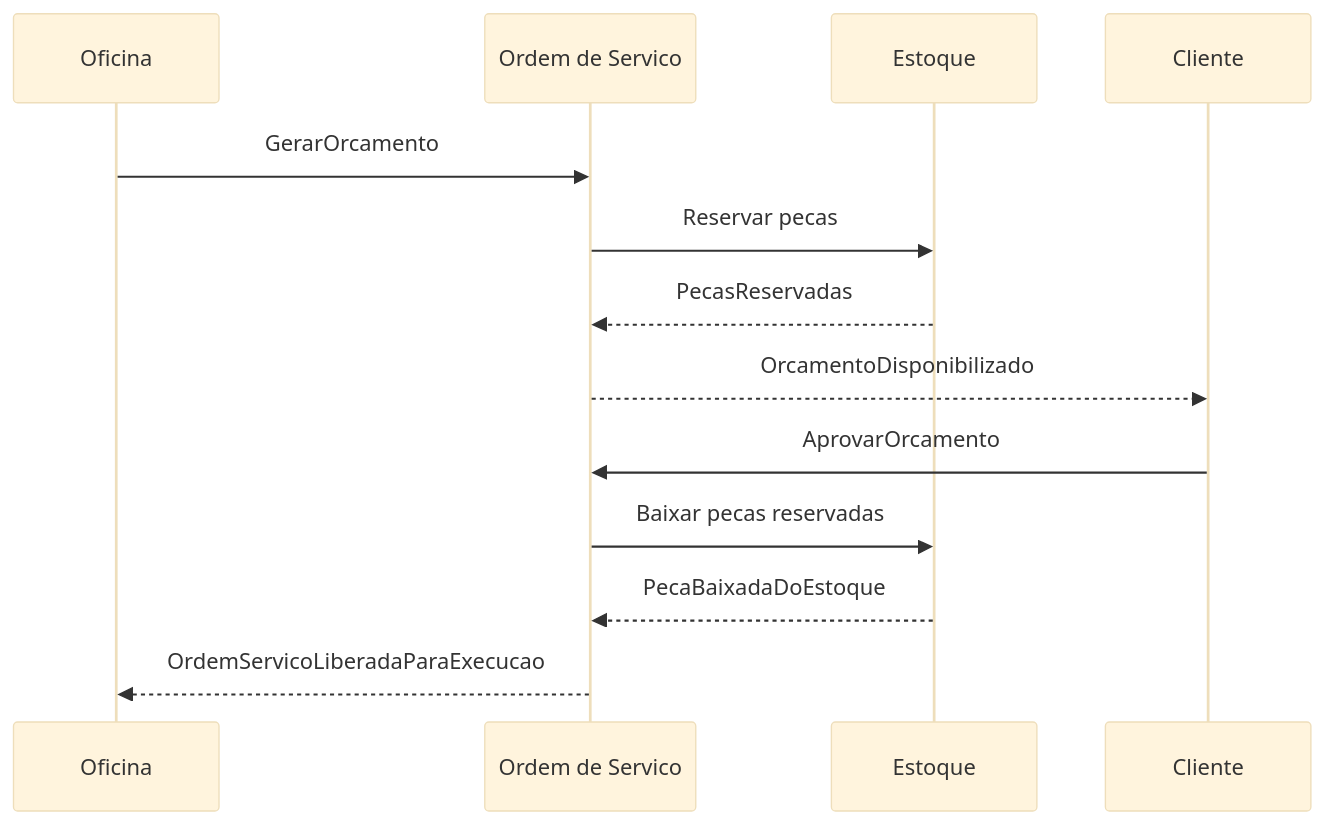
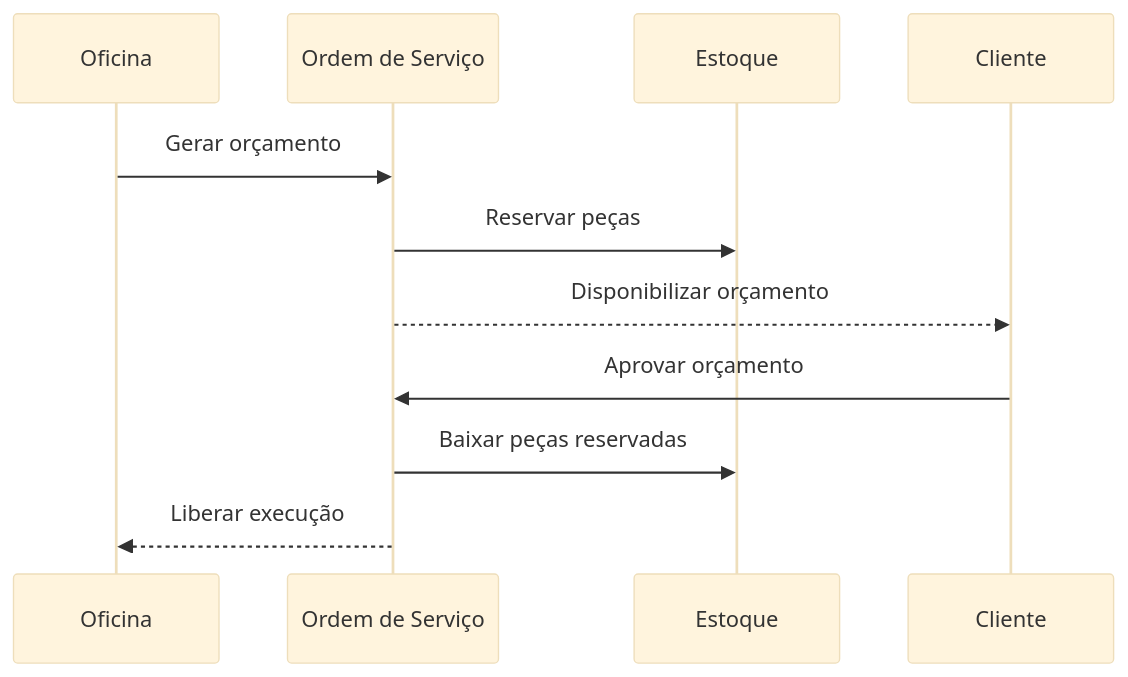
The second of 3 diagrams in docs/ddd/README.md (yxsbx/SOAT-FIAP), drawn with Mermaid (base theme) before and after one commit. The commit also changed other lines of this file and 45 other files, not shown here.

````diff
--- a/docs/ddd/README.md
+++ b/docs/ddd/README.md
@@ -282,16 +191,14 @@
 ```mermaid
 sequenceDiagram
     participant Oficina
-    participant OS as Ordem de Servico
+    participant OS as Ordem de Serviço
     participant Estoque
     participant Cliente
 
-    Oficina->>OS: GerarOrcamento
-    OS->>Estoque: Reservar pecas
-    Estoque-->>OS: PecasReservadas
-    OS-->>Cliente: OrcamentoDisponibilizado
-    Cliente->>OS: AprovarOrcamento
-    OS->>Estoque: Baixar pecas reservadas
-    Estoque-->>OS: PecaBaixadaDoEstoque
-    OS-->>Oficina: OrdemServicoLiberadaParaExecucao
+    Oficina->>OS: Gerar orçamento
+    OS->>Estoque: Reservar peças
+    OS-->>Cliente: Disponibilizar orçamento
+    Cliente->>OS: Aprovar orçamento
+    OS->>Estoque: Baixar peças reservadas
+    OS-->>Oficina: Liberar execução
 ```
````
